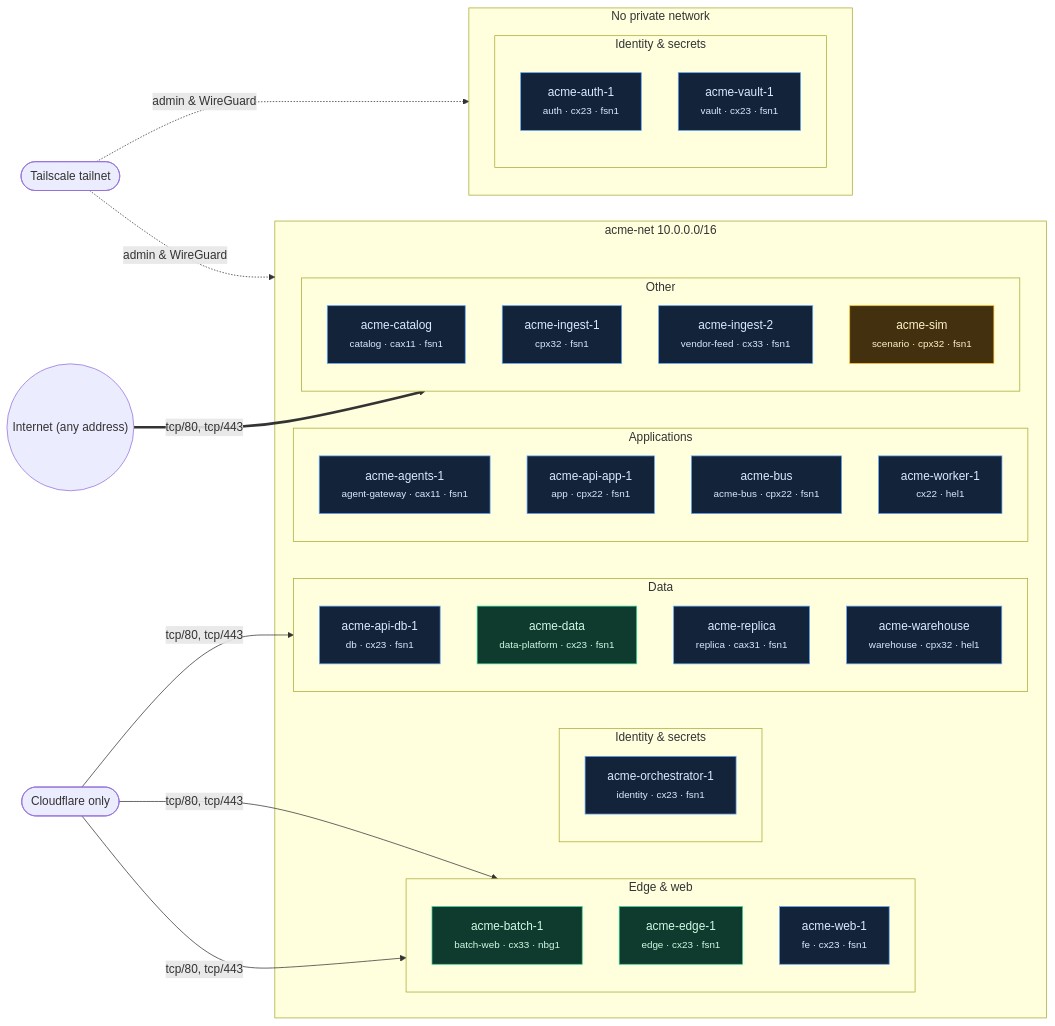
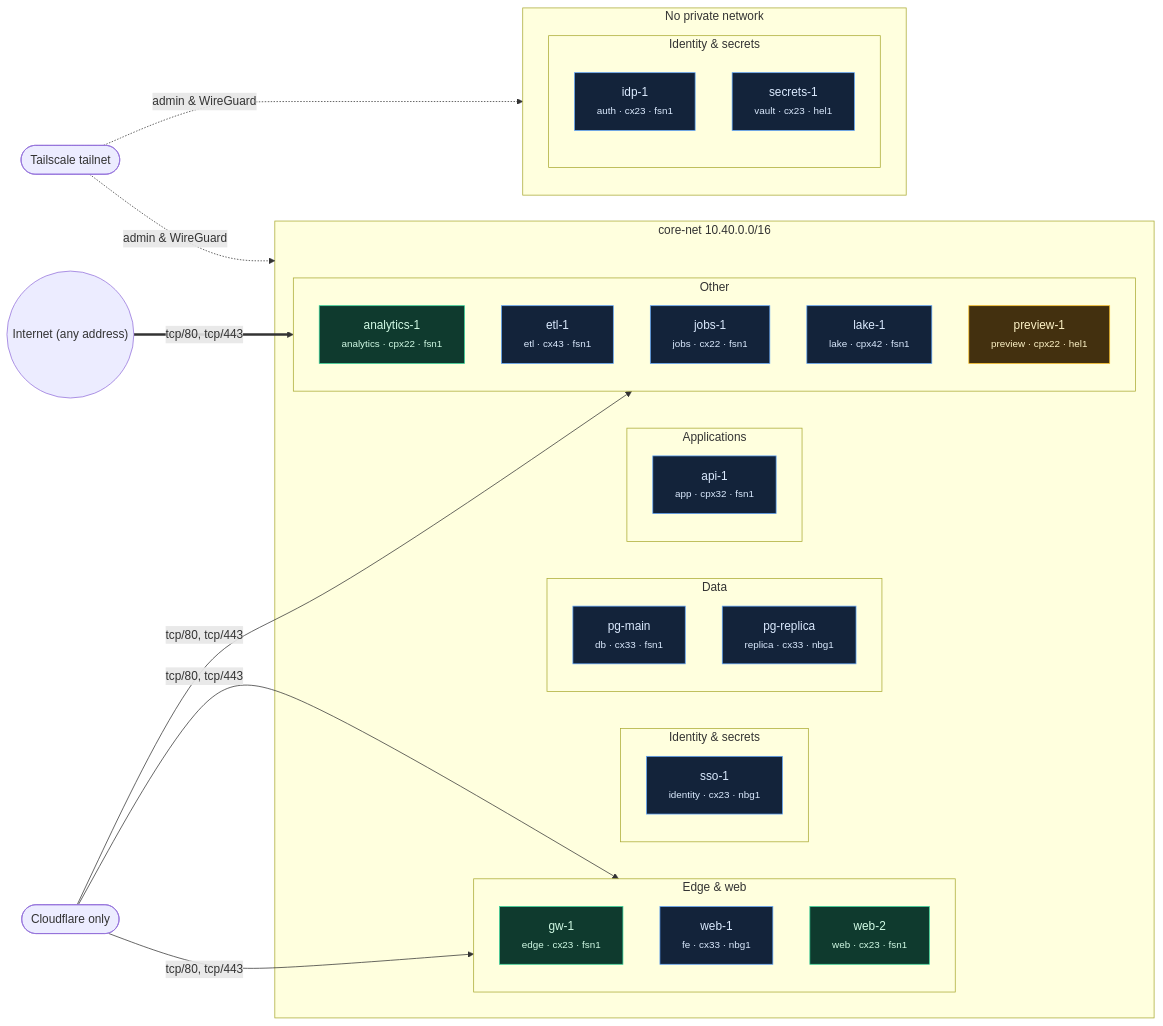
The diagram in examples/reports/network-map.md (jpolec/hetzner-cloud-audit-skills), drawn with Mermaid before and after one commit. The commit also changed other lines of this file and 18 other files, not shown here.

````diff
--- a/examples/reports/network-map.md
+++ b/examples/reports/network-map.md
@@ -5,58 +5,54 @@
 ```mermaid
 flowchart LR
   src_cloudflare(["Cloudflare only"])
   src_tailscale(["Tailscale tailnet"])
   src_world(("Internet (any address)"))
-  subgraph net["acme-net 10.0.0.0/16"]
+  subgraph net["core-net 10.40.0.0/16"]
     subgraph net_edge["Edge & web"]
       direction TB
-      n_acme_batch_1["acme-batch-1<br/><small>batch-web · cx33 · nbg1</small>"]
-      n_acme_edge_1["acme-edge-1<br/><small>edge · cx23 · fsn1</small>"]
-      n_acme_web_1["acme-web-1<br/><small>fe · cx23 · fsn1</small>"]
+      n_gw_1["gw-1<br/><small>edge · cx23 · fsn1</small>"]
+      n_web_1["web-1<br/><small>fe · cx33 · nbg1</small>"]
+      n_web_2["web-2<br/><small>web · cx23 · fsn1</small>"]
     end
     subgraph net_security["Identity & secrets"]
       direction TB
-      n_acme_orchestrator_1["acme-orchestrator-1<br/><small>identity · cx23 · fsn1</small>"]
+      n_sso_1["sso-1<br/><small>identity · cx23 · nbg1</small>"]
     end
     subgraph net_data["Data"]
       direction TB
-      n_acme_api_db_1["acme-api-db-1<br/><small>db · cx23 · fsn1</small>"]
-      n_acme_data["acme-data<br/><small>data-platform · cx23 · fsn1</small>"]
-      n_acme_replica["acme-replica<br/><small>replica · cax31 · fsn1</small>"]
-      n_acme_warehouse["acme-warehouse<br/><small>warehouse · cpx32 · hel1</small>"]
+      n_pg_main["pg-main<br/><small>db · cx33 · fsn1</small>"]
+      n_pg_replica["pg-replica<br/><small>replica · cx33 · nbg1</small>"]
     end
     subgraph net_app["Applications"]
       direction TB
-      n_acme_agents_1["acme-agents-1<br/><small>agent-gateway · cax11 · fsn1</small>"]
-      n_acme_api_app_1["acme-api-app-1<br/><small>app · cpx22 · fsn1</small>"]
-      n_acme_bus["acme-bus<br/><small>acme-bus · cpx22 · fsn1</small>"]
-      n_acme_worker_1["acme-worker-1<br/><small>cx22 · hel1</small>"]
+      n_api_1["api-1<br/><small>app · cpx32 · fsn1</small>"]
     end
     subgraph net_other["Other"]
       direction TB
-      n_acme_catalog["acme-catalog<br/><small>catalog · cax11 · fsn1</small>"]
-      n_acme_ingest_1["acme-ingest-1<br/><small>cpx32 · fsn1</small>"]
-      n_acme_ingest_2["acme-ingest-2<br/><small>vendor-feed · cx33 · fsn1</small>"]
-      n_acme_sim["acme-sim<br/><small>scenario · cpx32 · fsn1</small>"]
+      n_analytics_1["analytics-1<br/><small>analytics · cpx22 · fsn1</small>"]
+      n_etl_1["etl-1<br/><small>etl · cx43 · fsn1</small>"]
+      n_jobs_1["jobs-1<br/><small>jobs · cx22 · fsn1</small>"]
+      n_lake_1["lake-1<br/><small>lake · cpx42 · fsn1</small>"]
+      n_preview_1["preview-1<br/><small>preview · cpx22 · hel1</small>"]
     end
   end
   subgraph nonet["No private network"]
     subgraph nonet_security["Identity & secrets"]
       direction TB
-      n_acme_auth_1["acme-auth-1<br/><small>auth · cx23 · fsn1</small>"]
-      n_acme_vault_1["acme-vault-1<br/><small>vault · cx23 · fsn1</small>"]
+      n_idp_1["idp-1<br/><small>auth · cx23 · fsn1</small>"]
+      n_secrets_1["secrets-1<br/><small>vault · cx23 · hel1</small>"]
     end
   end
-  src_cloudflare -->|"tcp/80, tcp/443"| n_acme_batch_1
-  src_cloudflare -->|"tcp/80, tcp/443"| n_acme_data
-  src_cloudflare -->|"tcp/80, tcp/443"| n_acme_edge_1
-  src_world ==>|"tcp/80, tcp/443"| n_acme_sim
+  src_cloudflare -->|"tcp/80, tcp/443"| n_analytics_1
+  src_cloudflare -->|"tcp/80, tcp/443"| n_gw_1
+  src_world ==>|"tcp/80, tcp/443"| n_preview_1
+  src_cloudflare -->|"tcp/80, tcp/443"| n_web_2
   src_tailscale -.->|"admin & WireGuard"| net
   src_tailscale -.->|"admin & WireGuard"| nonet
   classDef public fill:#43300f,stroke:#fbbf24,color:#fef3c7
-  class n_acme_sim public
+  class n_preview_1 public
   classDef proxied fill:#0f3a2e,stroke:#34d399,color:#d1fae5
-  class n_acme_batch_1,n_acme_data,n_acme_edge_1 proxied
+  class n_analytics_1,n_gw_1,n_web_2 proxied
   classDef private fill:#13233a,stroke:#60a5fa,color:#dbeafe
-  class n_acme_agents_1,n_acme_api_app_1,n_acme_api_db_1,n_acme_auth_1,n_acme_bus,n_acme_catalog,n_acme_ingest_1,n_acme_ingest_2,n_acme_orchestrator_1,n_acme_replica,n_acme_vault_1,n_acme_warehouse,n_acme_web_1,n_acme_worker_1 private
+  class n_api_1,n_etl_1,n_idp_1,n_jobs_1,n_lake_1,n_pg_main,n_pg_replica,n_secrets_1,n_sso_1,n_web_1 private
 ```
````
